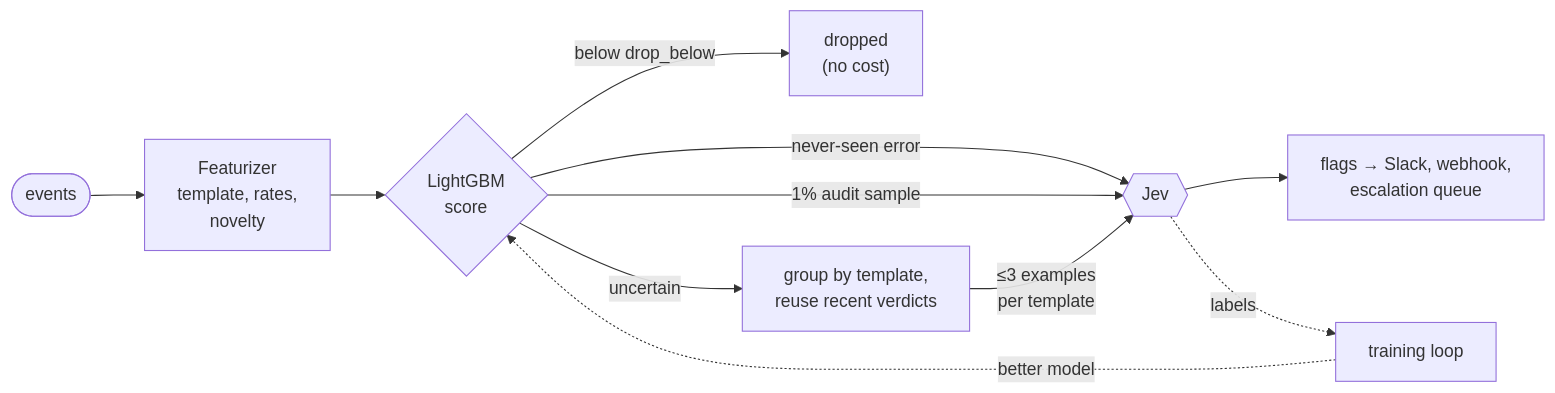
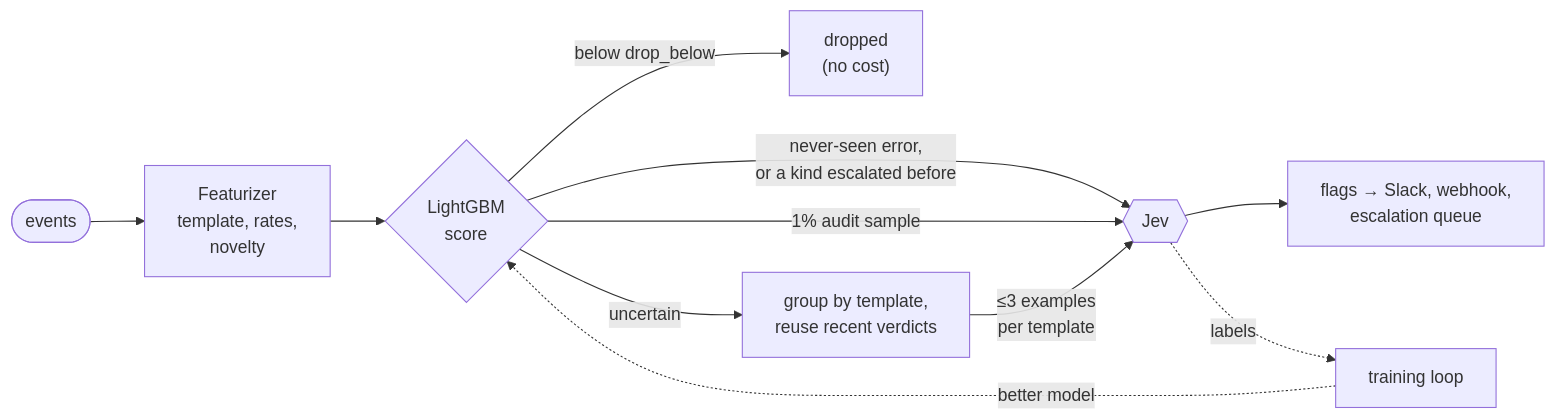
One commit to aosresearch/cloudfriend changed the diagram in docs/triage.md. Above: the diagram before and after it, drawn with Mermaid. The commit also changed other lines of this file and 19 other files, not shown here.

First line of the commit message:
Escalated kinds always reach Jev; save the analysis

````diff
--- a/docs/triage.md
+++ b/docs/triage.md
@@ -14,13 +14,13 @@
 ```mermaid
 flowchart LR
   ev(["events"]) --> feat["Featurizer<br/>template, rates,<br/>novelty"]
   feat --> clf{"LightGBM<br/>score"}
   clf -->|"below drop_below"| drop["dropped<br/>(no cost)"]
-  clf -->|"never-seen error"| jev
+  clf -->|"never-seen error,<br/>or a kind escalated before"| jev
   clf -->|"1% audit sample"| jev
   clf -->|"uncertain"| group["group by template,<br/>reuse recent verdicts"]
   group -->|"≤3 examples<br/>per template"| jev{{"Jev"}}
   jev --> flags["flags → Slack, webhook,<br/>escalation queue"]
   jev -.->|"labels"| train["training loop"]
   train -.->|"better model"| clf
 ```
````
